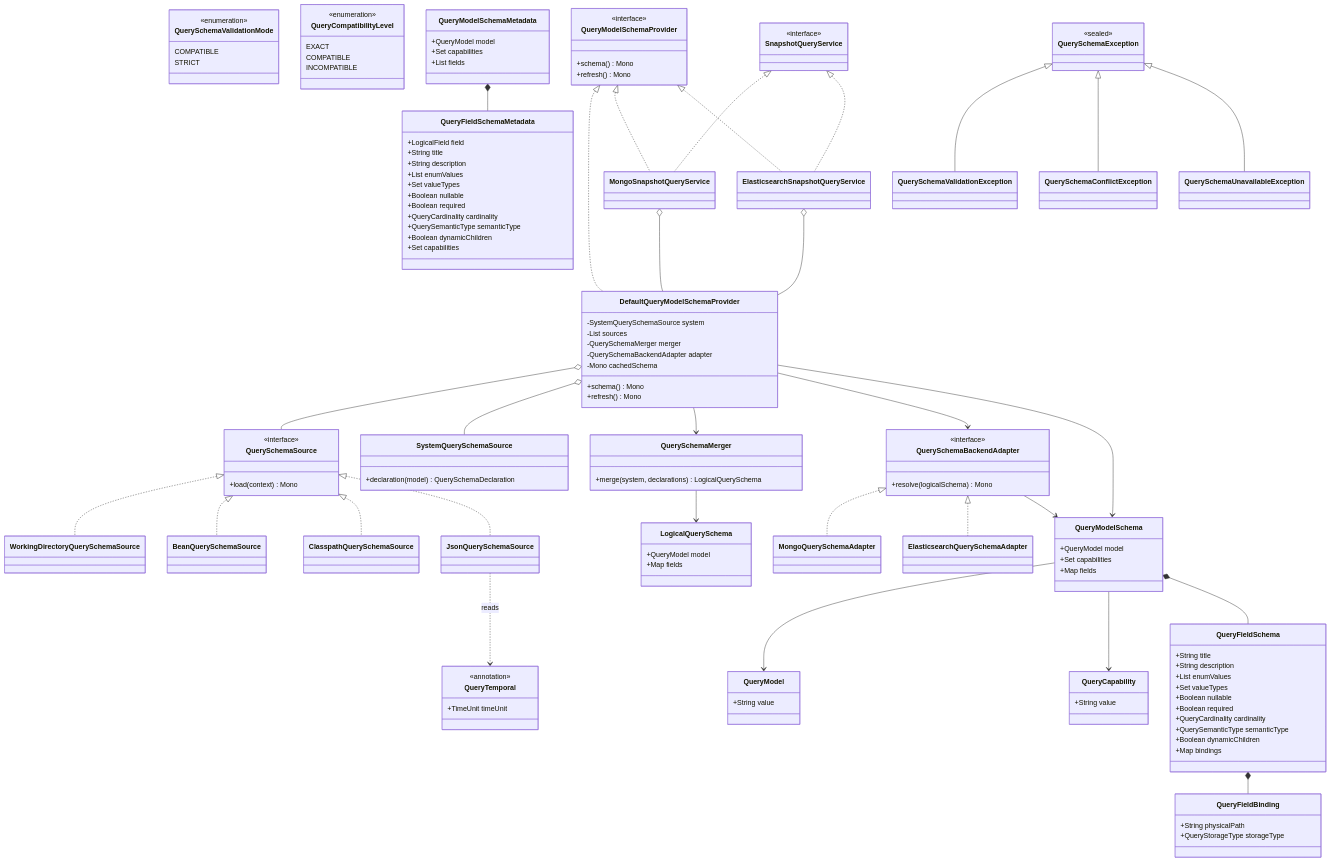
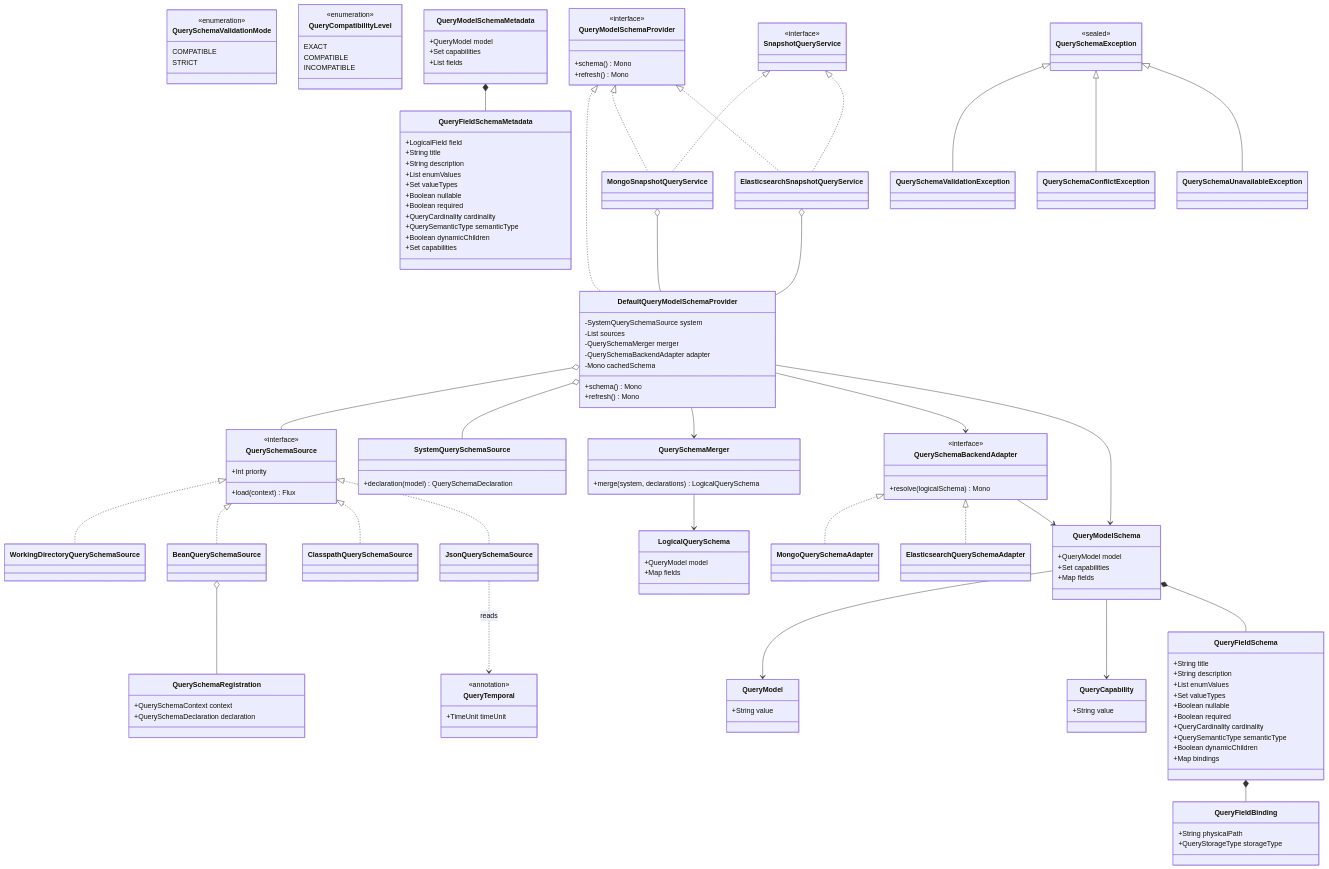
Before and after one commit to Ahoo-Wang/Wow: the fourth of 4 diagrams in docs/superpowers/specs/2026-08-26-query-model-schema-design.md, drawn with Mermaid. The commit also changed other lines of this file, not shown here.

Commit message:
docs(query): scope bean schema registrations

```diff
--- a/docs/superpowers/specs/2026-08-26-query-model-schema-design.md
+++ b/docs/superpowers/specs/2026-08-26-query-model-schema-design.md
@@ -1027,7 +1050,13 @@
 
     class QuerySchemaSource {
         <<interface>>
-        +load(context) Mono
+        +Int priority
+        +load(context) Flux
+    }
+
+    class QuerySchemaRegistration {
+        +QuerySchemaContext context
+        +QuerySchemaDeclaration declaration
     }
 
     class SystemQuerySchemaSource {
@@ -1139,6 +1168,7 @@
     QuerySchemaSource <|.. ClasspathQuerySchemaSource
     QuerySchemaSource <|.. JsonQuerySchemaSource
     JsonQuerySchemaSource ..> QueryTemporal : reads
+    BeanQuerySchemaSource o-- QuerySchemaRegistration
 
     QuerySchemaBackendAdapter <|.. MongoQuerySchemaAdapter
     QuerySchemaBackendAdapter <|.. ElasticsearchQuerySchemaAdapter
```
